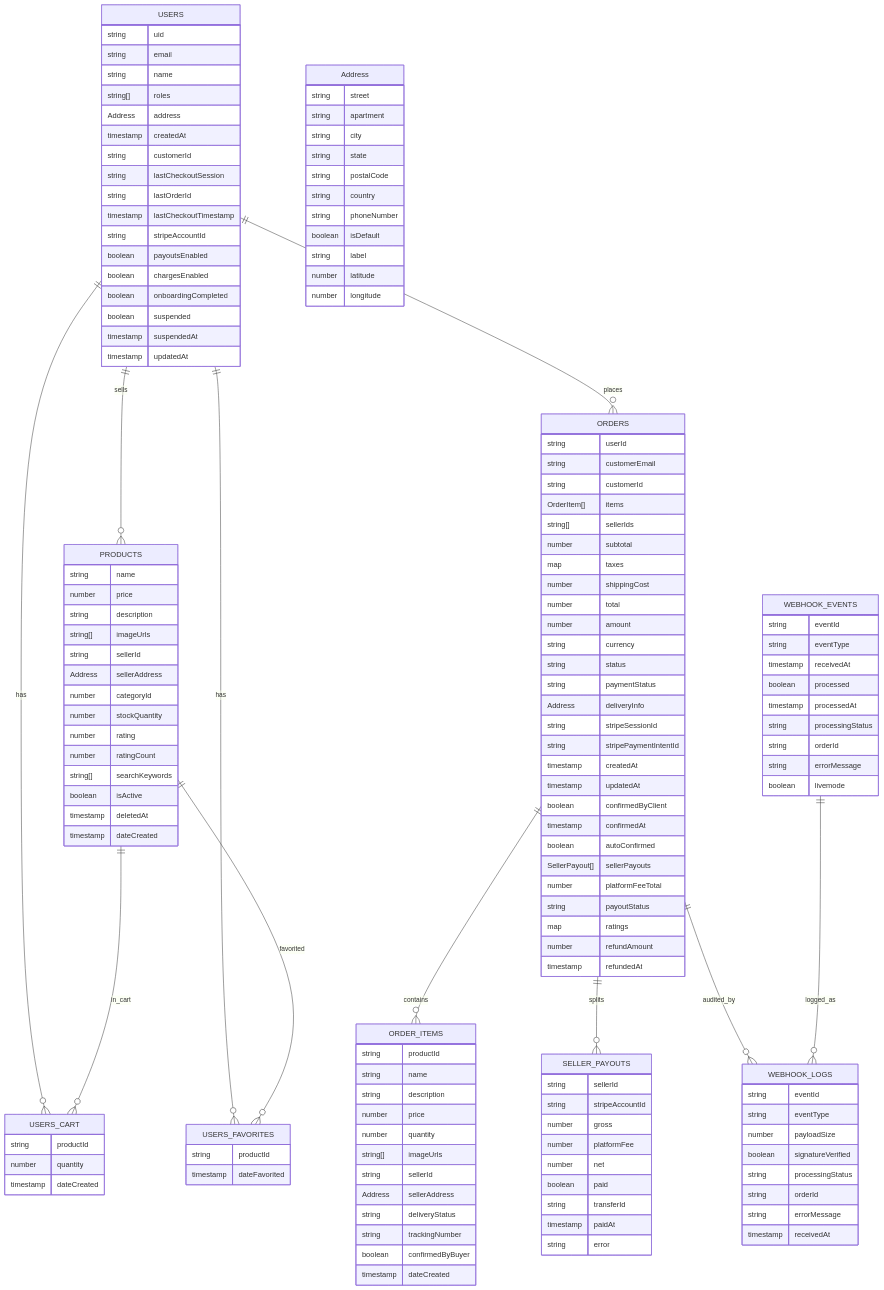
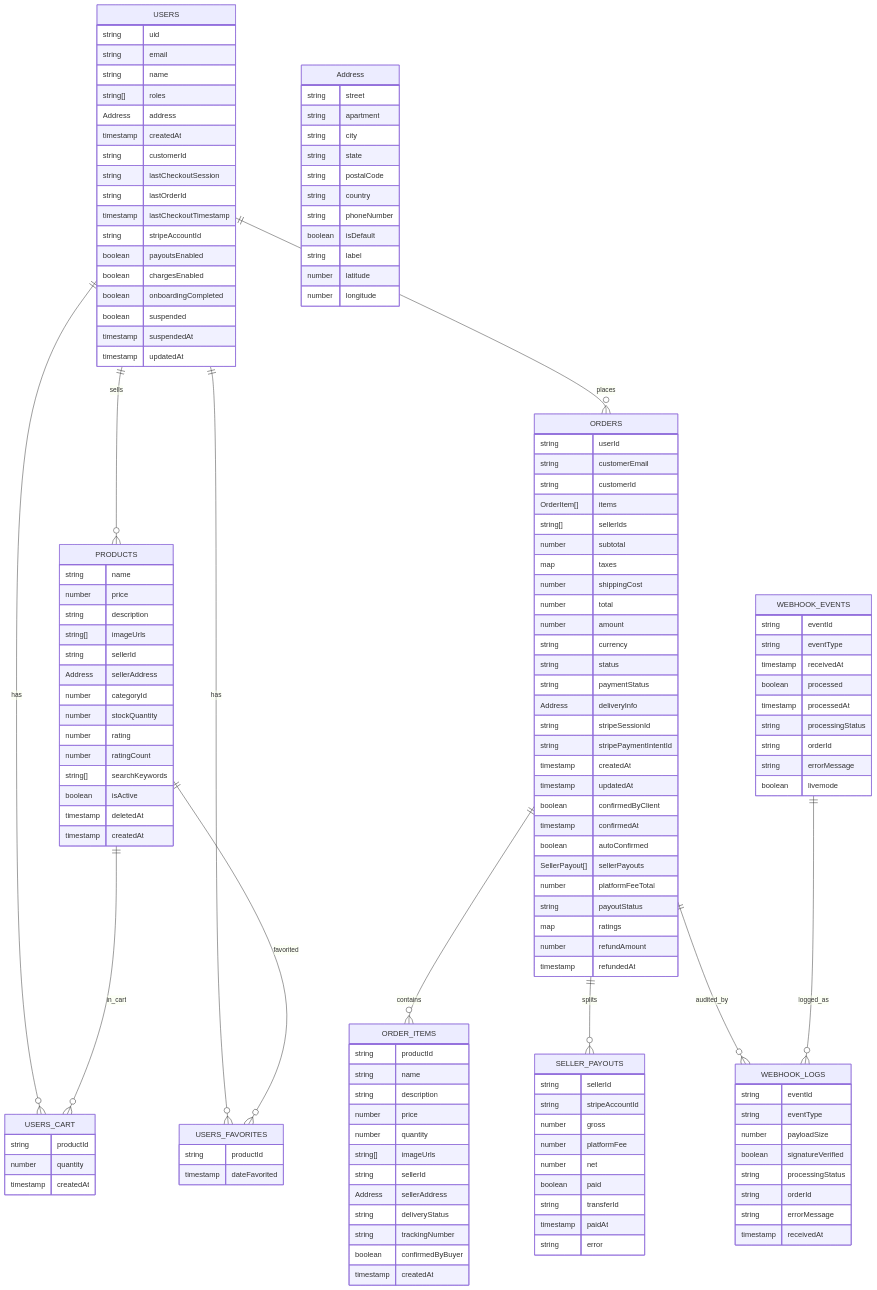
One commit to yunior123/origna_gta changed the second of 2 diagrams in origna_gta/README.md. Above: the diagram before and after it, drawn with Mermaid. The commit also changed other lines of this file and 199 other files, not shown here.

```diff
--- a/origna_gta/README.md
+++ b/origna_gta/README.md
@@ -66,7 +66,7 @@
 	USERS_CART {
 		string productId
 		number quantity
-		timestamp dateCreated
+		timestamp createdAt
 	}
 
 	USERS_FAVORITES {
@@ -88,7 +88,7 @@
 		string[] searchKeywords
 		boolean isActive
 		timestamp deletedAt
-		timestamp dateCreated
+		timestamp createdAt
 	}
 
 	ORDERS {
@@ -133,7 +133,7 @@
 		string deliveryStatus
 		string trackingNumber
 		boolean confirmedByBuyer
-		timestamp dateCreated
+		timestamp createdAt
 	}
 
 	SELLER_PAYOUTS {
```
